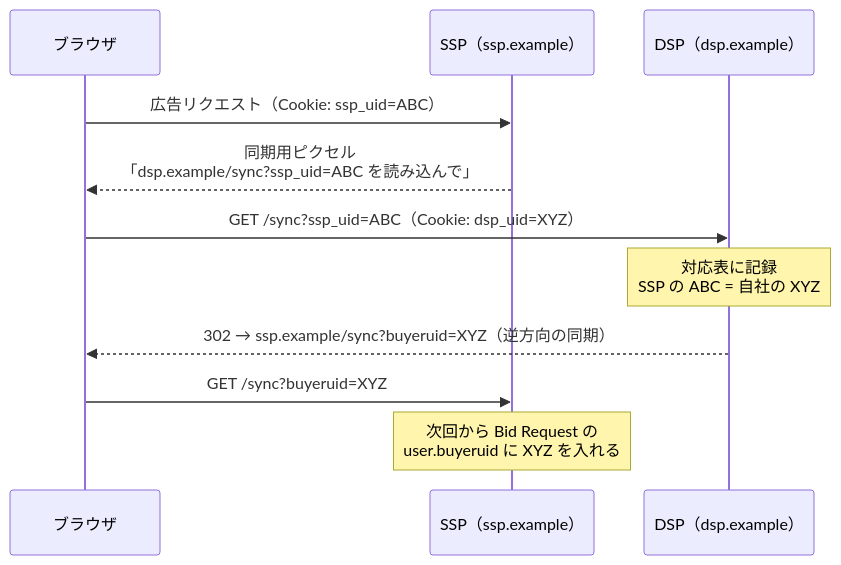
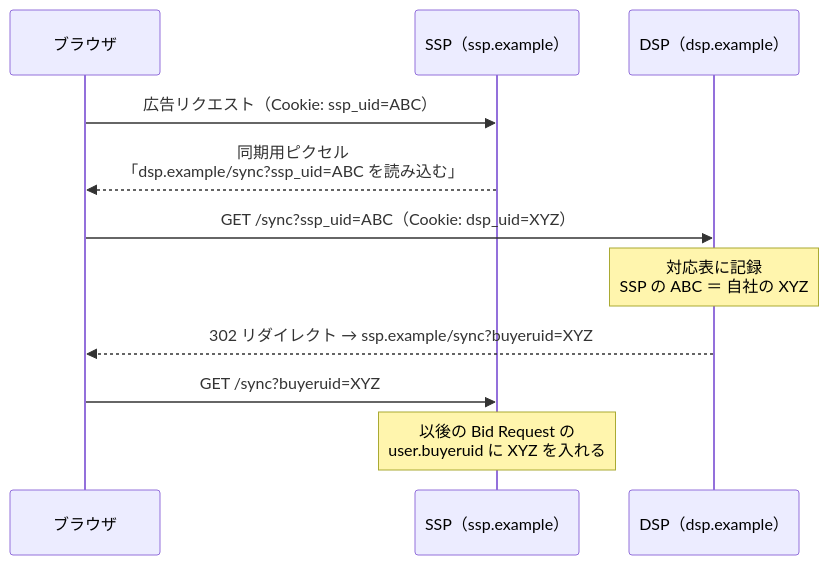
Before and after one commit to yasut0ra/rtb-study: the first of 4 diagrams in docs/07-privacy.md, drawn with Mermaid. The commit also changed other lines of this file and 36 other files, not shown here.

````diff
--- a/docs/07-privacy.md
+++ b/docs/07-privacy.md
@@ -21,13 +30,13 @@
 ```mermaid
 sequenceDiagram
     participant B as ブラウザ
     participant S as SSP（ssp.example）
     participant D as DSP（dsp.example）
     B->>S: 広告リクエスト（Cookie: ssp_uid=ABC）
-    S-->>B: 同期用ピクセル<br/>「dsp.example/sync?ssp_uid=ABC を読み込んで」
+    S-->>B: 同期用ピクセル<br/>「dsp.example/sync?ssp_uid=ABC を読み込む」
     B->>D: GET /sync?ssp_uid=ABC（Cookie: dsp_uid=XYZ）
-    Note over D: 対応表に記録<br/>SSP の ABC = 自社の XYZ
-    D-->>B: 302 → ssp.example/sync?buyeruid=XYZ（逆方向の同期）
+    Note over D: 対応表に記録<br/>SSP の ABC ＝ 自社の XYZ
+    D-->>B: 302 リダイレクト → ssp.example/sync?buyeruid=XYZ
     B->>S: GET /sync?buyeruid=XYZ
-    Note over S: 次回から Bid Request の<br/>user.buyeruid に XYZ を入れる
+    Note over S: 以後の Bid Request の<br/>user.buyeruid に XYZ を入れる
 ```
````
